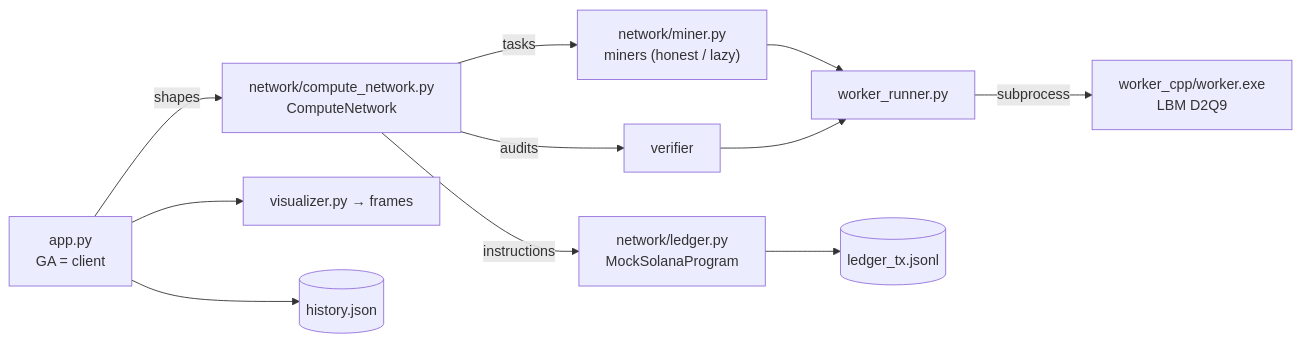
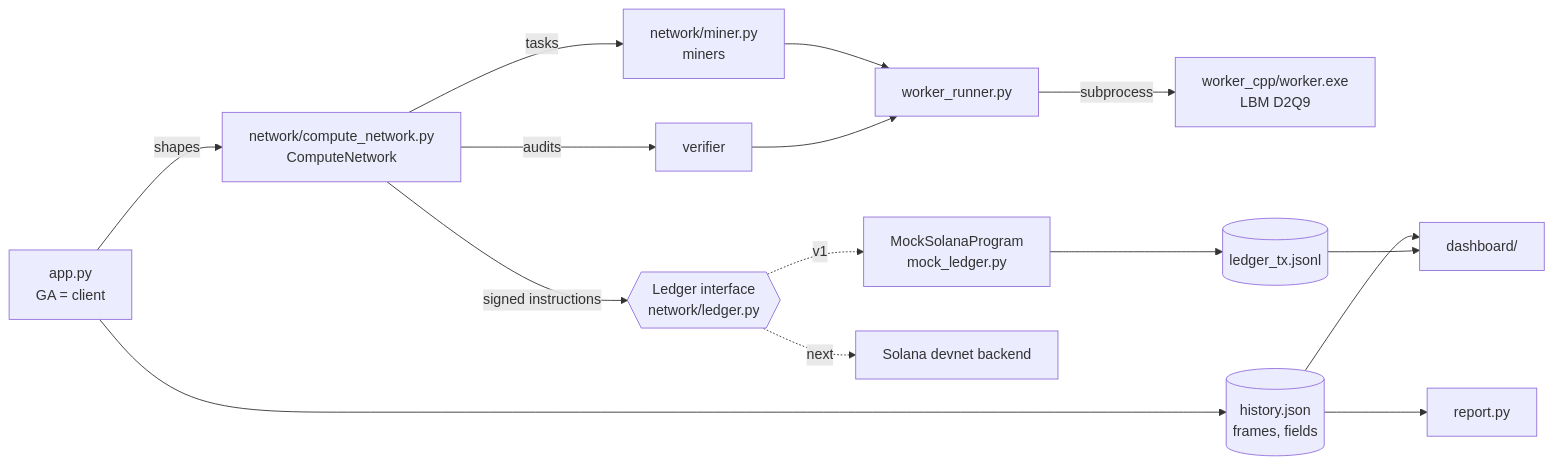
Before and after one commit to chuikomykhail-droid/DeCFD: the first of 2 diagrams in architecture.md, drawn with Mermaid. The commit also changed other lines of this file and 54 other files, not shown here.

First line of the commit message:
v1: run report, web dashboard, cylinder validation, docs

````diff
--- a/architecture.md
+++ b/architecture.md
@@ -17,13 +18,17 @@
 ```mermaid
 flowchart LR
     GA["app.py<br/>GA = client"] -->|shapes| NET["network/compute_network.py<br/>ComputeNetwork"]
-    NET -->|tasks| M["network/miner.py<br/>miners (honest / lazy)"]
+    NET -->|tasks| M["network/miner.py<br/>miners"]
     NET -->|audits| V["verifier"]
     M --> W["worker_runner.py"]
     V --> W
     W -->|subprocess| X["worker_cpp/worker.exe<br/>LBM D2Q9"]
-    NET -->|instructions| L["network/ledger.py<br/>MockSolanaProgram"]
-    L --> LOG[("ledger_tx.jsonl")]
-    GA --> VIS["visualizer.py → frames"]
-    GA --> H[("history.json")]
+    NET -->|signed instructions| L{{"Ledger interface<br/>network/ledger.py"}}
+    L -.->|v1| MOCK["MockSolanaProgram<br/>mock_ledger.py"]
+    L -.->|next| SOL["Solana devnet backend"]
+    MOCK --> LOG[("ledger_tx.jsonl")]
+    GA --> H[("history.json<br/>frames, fields")]
+    H --> REP["report.py"]
+    H --> DASH["dashboard/"]
+    LOG --> DASH
 ```
````
